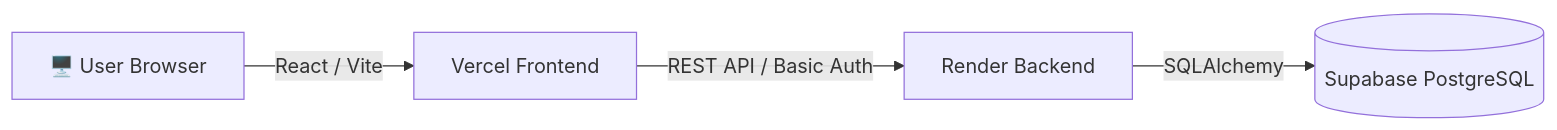
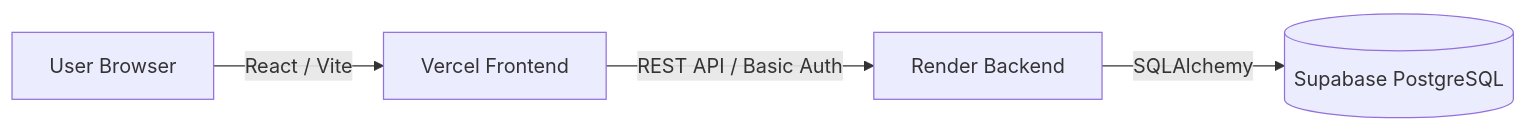
The diagram in README.md (SbaaLoris/GymTracker), drawn with Mermaid before and after one commit.

Commit message:
docs: remove emoji from user browser node in README mermaid diagram

````diff
--- a/README.md
+++ b/README.md
@@ -90,6 +90,6 @@
 ```mermaid
 graph LR
-    User["🖥️ User Browser"] -- React / Vite --> Frontend["Vercel Frontend"]
+    User["User Browser"] -- React / Vite --> Frontend["Vercel Frontend"]
     Frontend -- "REST API / Basic Auth" --> Backend["Render Backend"]
     Backend -- SQLAlchemy --> DB[("Supabase PostgreSQL")]
 ```
````
